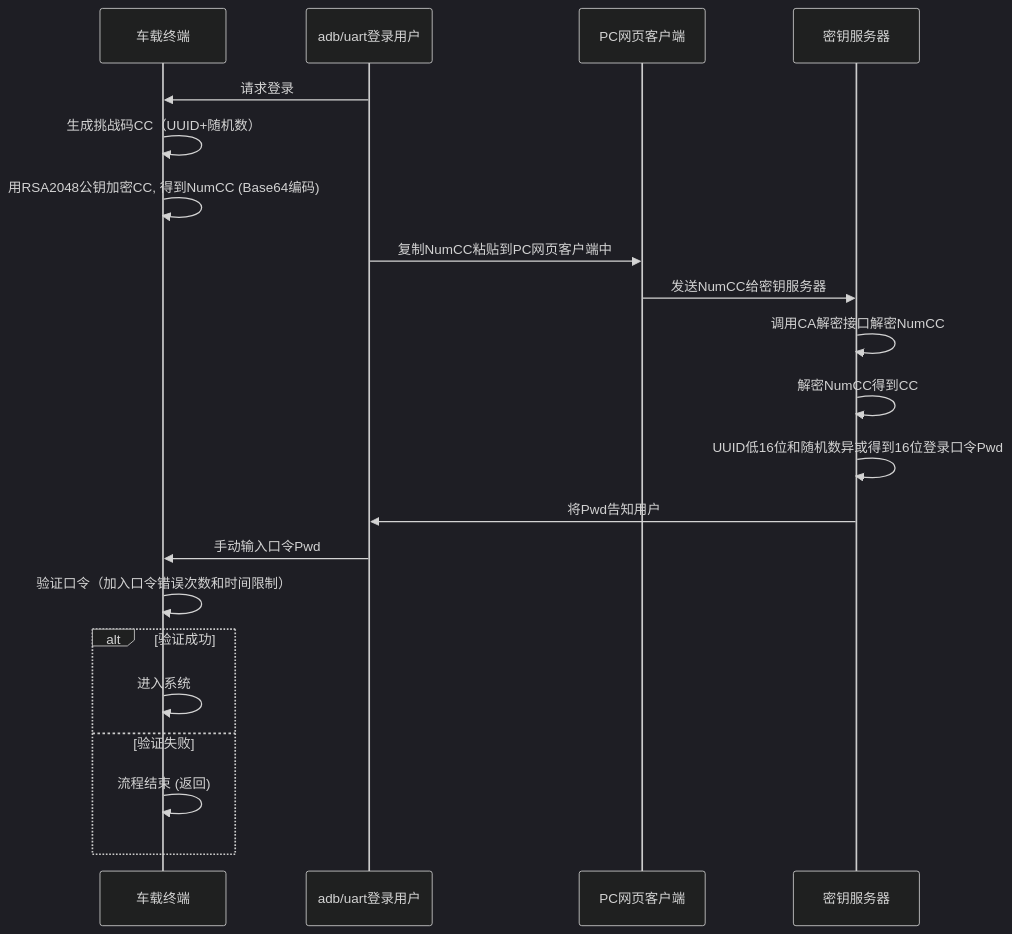
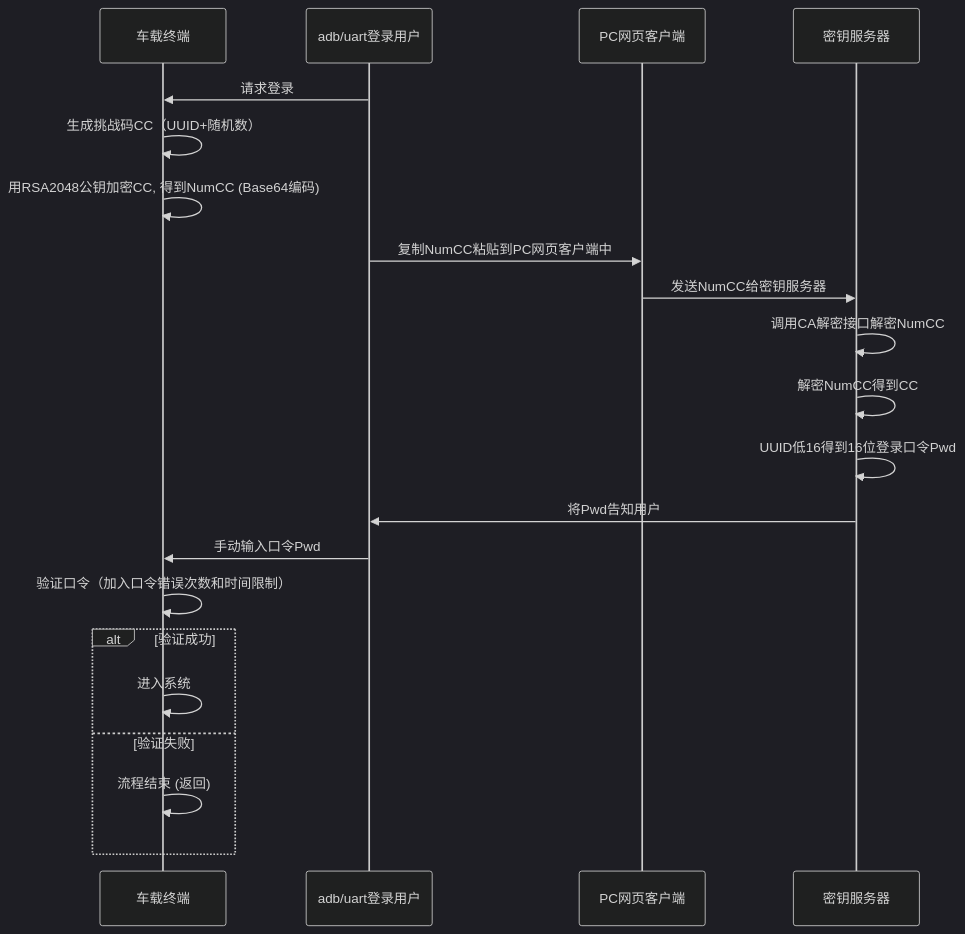
Before and after one commit to facebook-cloud/iodraw-files: the diagram in all/未命名-14.md, drawn with Mermaid (dark theme).

Commit message:
2026-02-03 13:35:24 update

````diff
--- a/all/未命名-14.md
+++ b/all/未命名-14.md
@@ -1,27 +1,27 @@
 ```mermaid
 sequenceDiagram
     participant tbox as 车载终端
     participant user as adb/uart登录用户
     participant pc as PC网页客户端
     participant tech_center as 密钥服务器
   
 
     user->>tbox: 请求登录
     tbox->>tbox: 生成挑战码CC（UUID+随机数）
     tbox->>tbox: 用RSA2048公钥加密CC, 得到NumCC (Base64编码)
     user->>pc: 复制NumCC粘贴到PC网页客户端中
     pc->>tech_center: 发送NumCC给密钥服务器
     tech_center->>tech_center: 调用CA解密接口解密NumCC
     tech_center->>tech_center: 解密NumCC得到CC
-    tech_center->>tech_center: UUID低16位和随机数异或得到16位登录口令Pwd
+    tech_center->>tech_center: UUID低16得到16位登录口令Pwd
     tech_center->>user: 将Pwd告知用户
     user->>tbox: 手动输入口令Pwd
     tbox->>tbox: 验证口令（加入口令错误次数和时间限制）
     alt 验证成功
         tbox->>tbox: 进入系统
     else 验证失败
         tbox->>tbox: 流程结束 (返回)
     end
 
 
 ```
````
